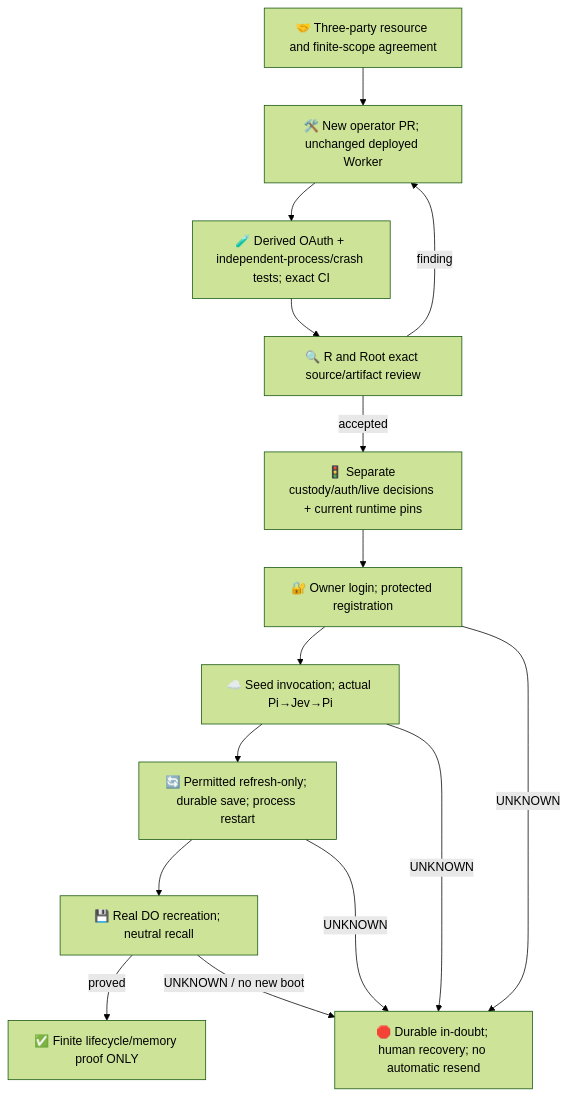
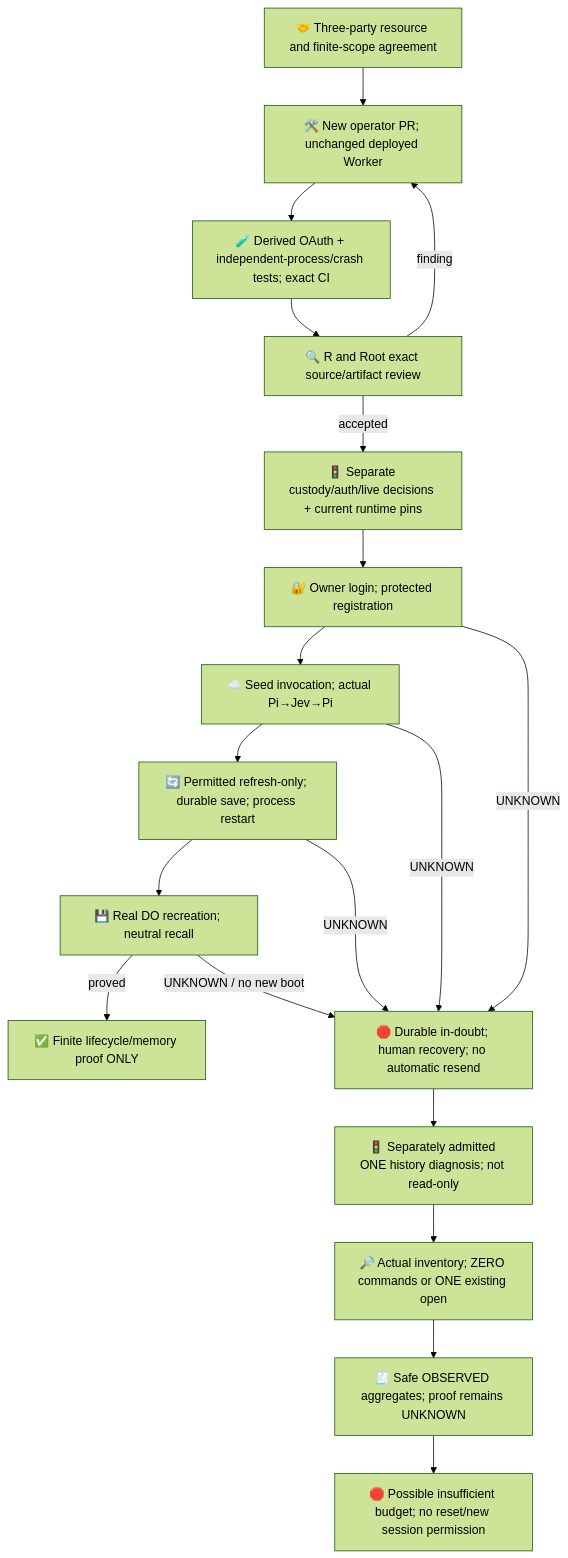
Before and after one commit to roccho-org/ops: the second of 2 diagrams in experiments/pi-worker-proof/README.md, drawn with Mermaid (forest theme). The commit also changed other lines of this file and 2 other files, not shown here.

Commit message:
Inspect one existing conversation without prompting or resetting proof

````diff
--- a/experiments/pi-worker-proof/README.md
+++ b/experiments/pi-worker-proof/README.md
@@ -43,17 +44,21 @@
 ```mermaid
 flowchart TB
   Agreement["🤝 Three-party resource and finite-scope agreement"] --> Source["🛠️ New operator PR; unchanged deployed Worker"]
   Source --> Tests["🧪 Derived OAuth + independent-process/crash tests; exact CI"]
   Tests --> Review["🔍 R and Root exact source/artifact review"]
   Review -->|finding| Source
   Review -->|accepted| Gate["🚦 Separate custody/auth/live decisions + current runtime pins"]
   Gate --> Auth["🔐 Owner login; protected registration"]
   Auth --> Seed["☁️ Seed invocation; actual Pi→Jev→Pi"]
   Seed --> Rotate["🔄 Permitted refresh-only; durable save; process restart"]
   Rotate --> Recall["💾 Real DO recreation; neutral recall"]
   Recall -->|proved| Done["✅ Finite lifecycle/memory proof ONLY"]
   Auth -->|UNKNOWN| Stop["🛑 Durable in-doubt; human recovery; no automatic resend"]
   Seed -->|UNKNOWN| Stop
+  Stop --> HistoryGO["🚦 Separately admitted ONE history diagnosis; not read-only"]
+  HistoryGO --> Inventory["🔎 Actual inventory; ZERO commands or ONE existing open"]
+  Inventory --> Unknown["🧾 Safe OBSERVED aggregates; proof remains UNKNOWN"]
+  Unknown --> Budget["🛑 Possible insufficient budget; no reset/new session permission"]
   Rotate -->|UNKNOWN| Stop
   Recall -->|UNKNOWN / no new boot| Stop
 ```
````
